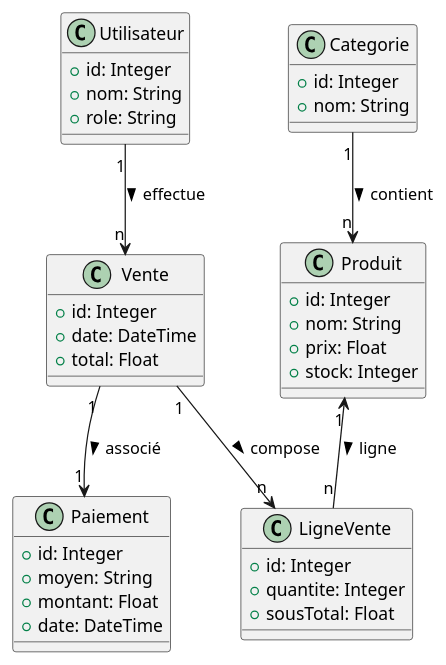
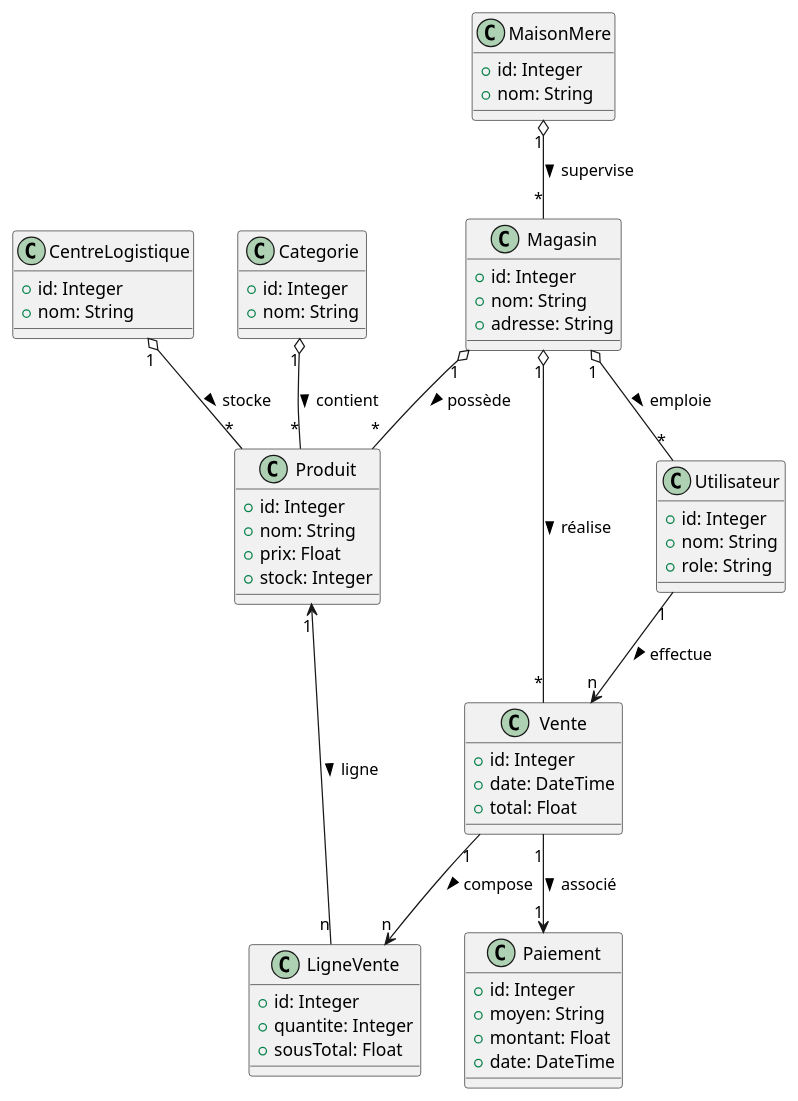
The diagram in docs/VueLogique.puml (tahabeniffou/LOG430_Lab0_TB), drawn with PlantUML before and after one commit. The commit also changed 39 other files, not shown here.

```diff
--- a/docs/VueLogique.puml
+++ b/docs/VueLogique.puml
@@ -1,46 +1,67 @@
 @startuml VueLogiquePOS_Étendue
+
+class MaisonMere {
+  +id: Integer
+  +nom: String
+}
+
+class Magasin {
+  +id: Integer
+  +nom: String
+  +adresse: String
+}
+
+class CentreLogistique {
+  +id: Integer
+  +nom: String
+}
 
 class Produit {
   +id: Integer
   +nom: String
   +prix: Float
   +stock: Integer
 }
 
 class Categorie {
   +id: Integer
   +nom: String
 }
 
 class Vente {
   +id: Integer
   +date: DateTime
   +total: Float
 }
 
 class LigneVente {
   +id: Integer
   +quantite: Integer
   +sousTotal: Float
 }
 
 class Utilisateur {
   +id: Integer
   +nom: String
   +role: String
 }
 
 class Paiement {
   +id: Integer
   +moyen: String
   +montant: Float
   +date: DateTime
 }
 
-Categorie "1" --> "n" Produit : contient >
+MaisonMere "1" o-- "*" Magasin : supervise >
+Magasin "1" o-- "*" Produit : possède >
+Magasin "1" o-- "*" Utilisateur : emploie >
+Magasin "1" o-- "*" Vente : réalise >
+Categorie "1" o-- "*" Produit : contient >
 Produit "1" <-- "n" LigneVente : ligne >
 Vente "1" --> "n" LigneVente : compose >
 Vente "1" --> "1" Paiement : associé >
 Utilisateur "1" --> "n" Vente : effectue >
+CentreLogistique "1" o-- "*" Produit : stocke >
 
 @enduml
```
